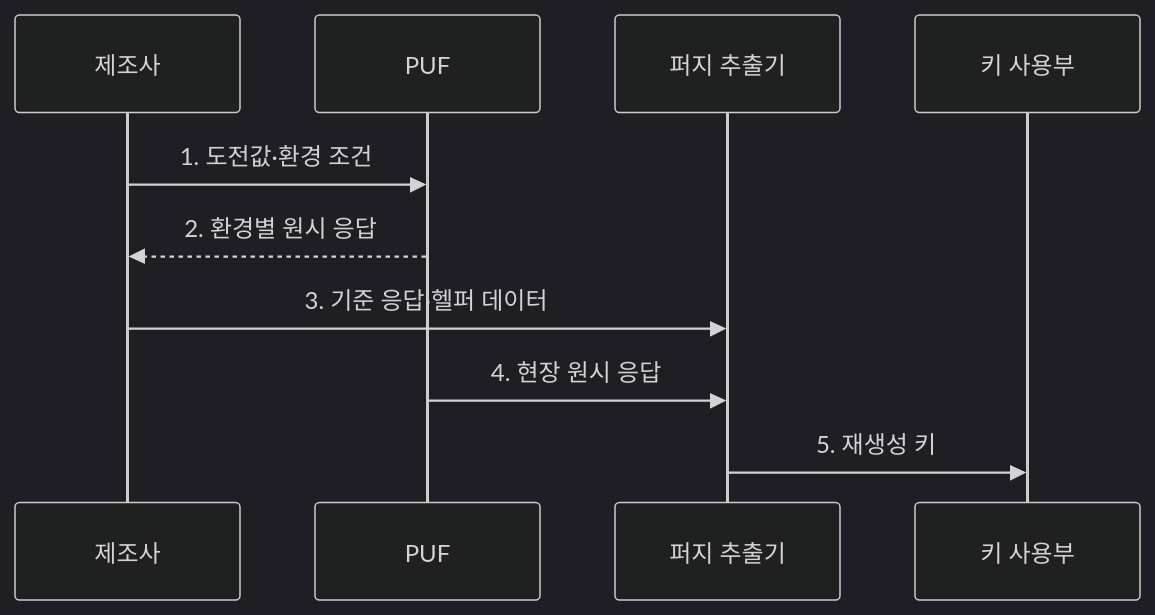
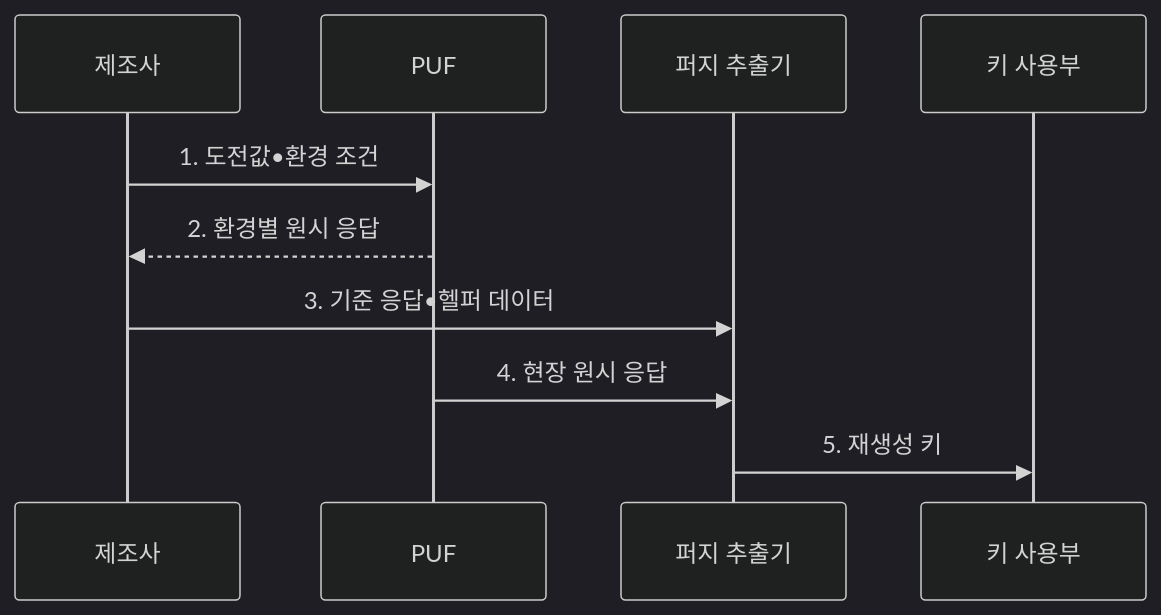
Before and after one commit to agnusdei1207/knowledge-base: the second of 2 diagrams in src/content/docs/notes/05-security/129_puf.md, drawn with Mermaid (dark theme). The commit also changed other lines of this file and 953 other files, not shown here.

````diff
--- a/src/content/docs/notes/05-security/129_puf.md
+++ b/src/content/docs/notes/05-security/129_puf.md
@@ -99,12 +99,12 @@
 ```mermaid
 sequenceDiagram
   participant M as 제조사
   participant P as PUF
   participant F as 퍼지 추출기
   participant K as 키 사용부
-  M->>P: 1. 도전값·환경 조건
+  M->>P: 1. 도전값•환경 조건
   P-->>M: 2. 환경별 원시 응답
-  M->>F: 3. 기준 응답·헬퍼 데이터
+  M->>F: 3. 기준 응답•헬퍼 데이터
   P->>F: 4. 현장 원시 응답
   F->>K: 5. 재생성 키
 ```
````
